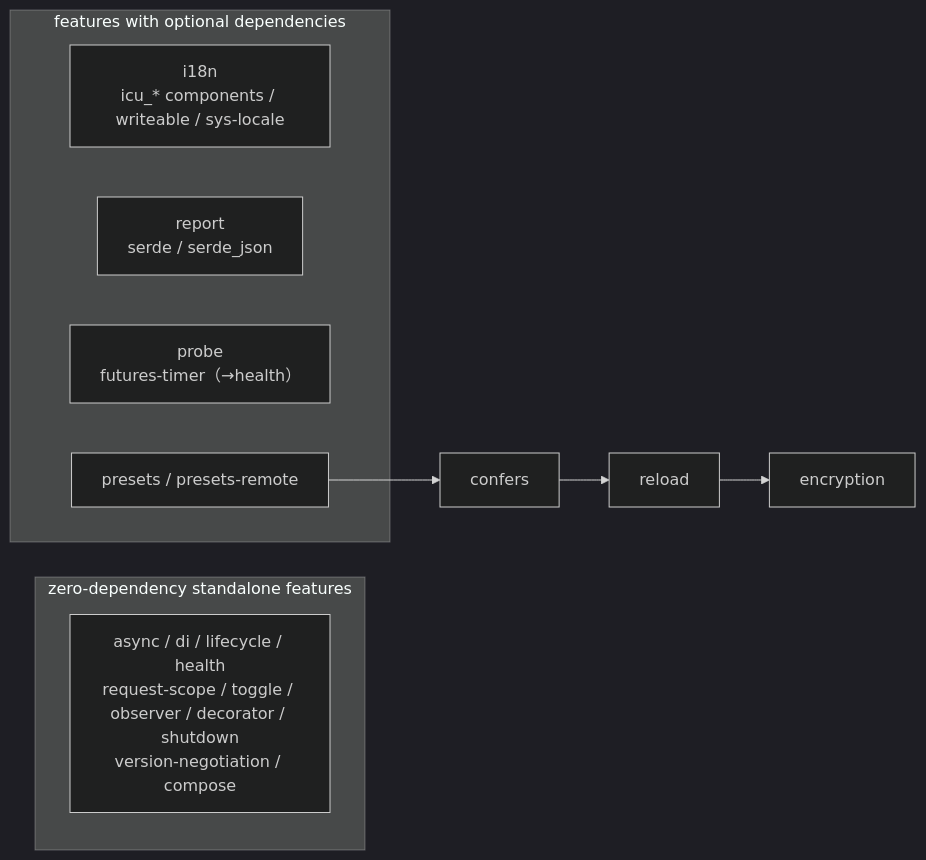
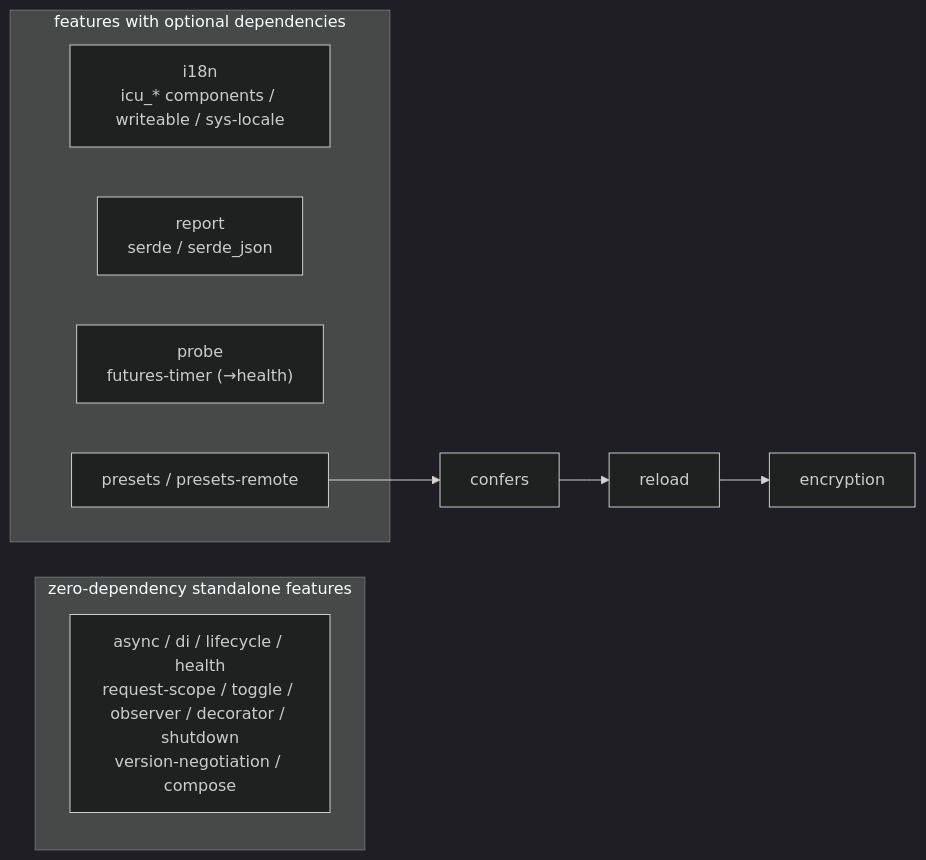
The third of 6 diagrams in docs/en/ARCHITECTURE.md (Kirky-X/trait-kit), drawn with Mermaid (dark theme) before and after one commit. The commit also changed other lines of this file and 10 other files, not shown here.

````diff
--- a/docs/en/ARCHITECTURE.md
+++ b/docs/en/ARCHITECTURE.md
@@ -128,18 +128,18 @@
 ```mermaid
 graph LR
     C["confers"] --> R["reload"]
     R --> E["encryption"]
 
     subgraph zc["zero-dependency standalone features"]
         Z["async / di / lifecycle / health<br/>request-scope / toggle / observer / decorator / shutdown<br/>version-negotiation / compose"]
     end
 
     subgraph dep["features with optional dependencies"]
         D1["i18n<br/>icu_* components / writeable / sys-locale"]
         D2["report<br/>serde / serde_json"]
-        PR["probe<br/>futures-timer（→health）"]
+        PR["probe<br/>futures-timer (→health)"]
         P["presets / presets-remote"]
     end
 
     P --> C
 ```
````
